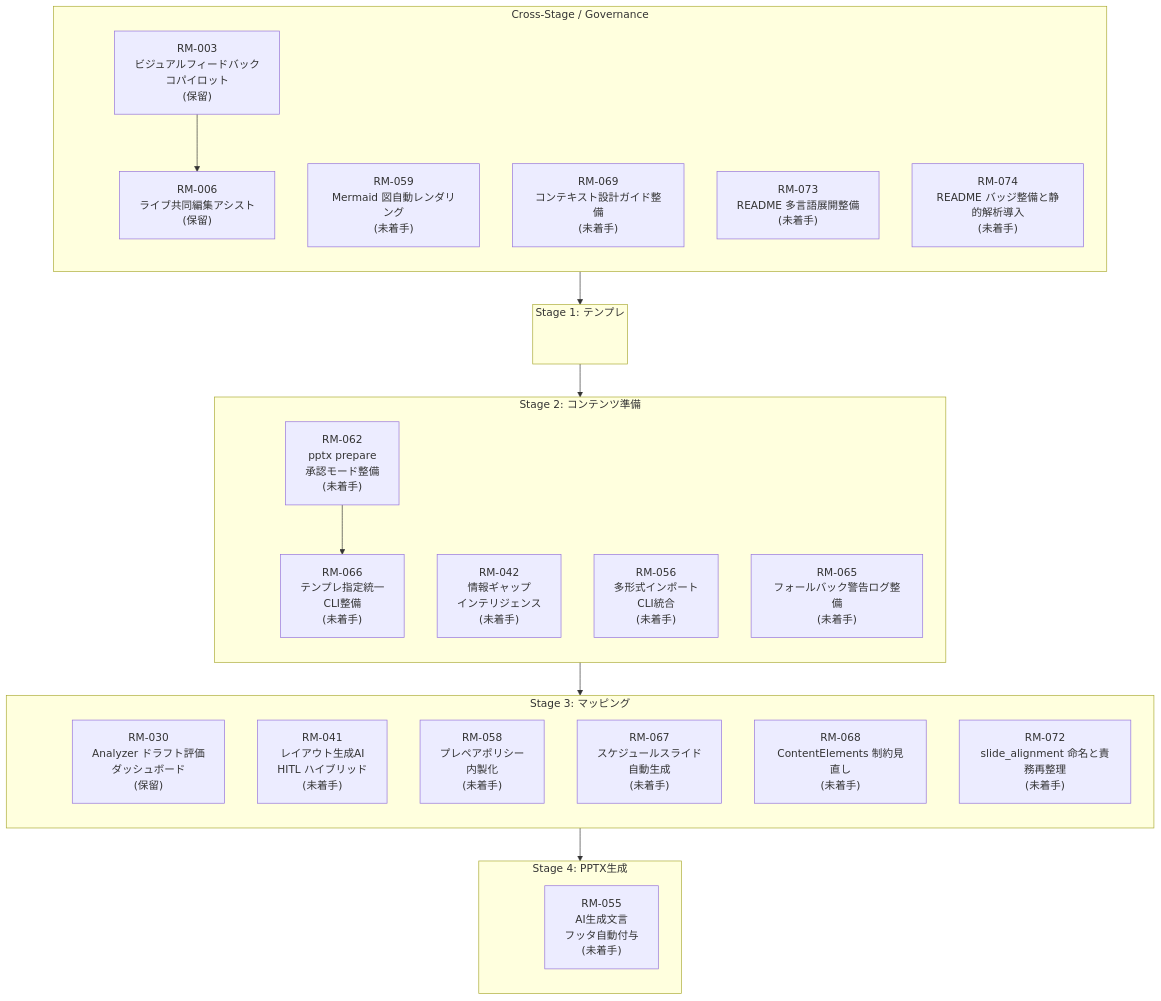
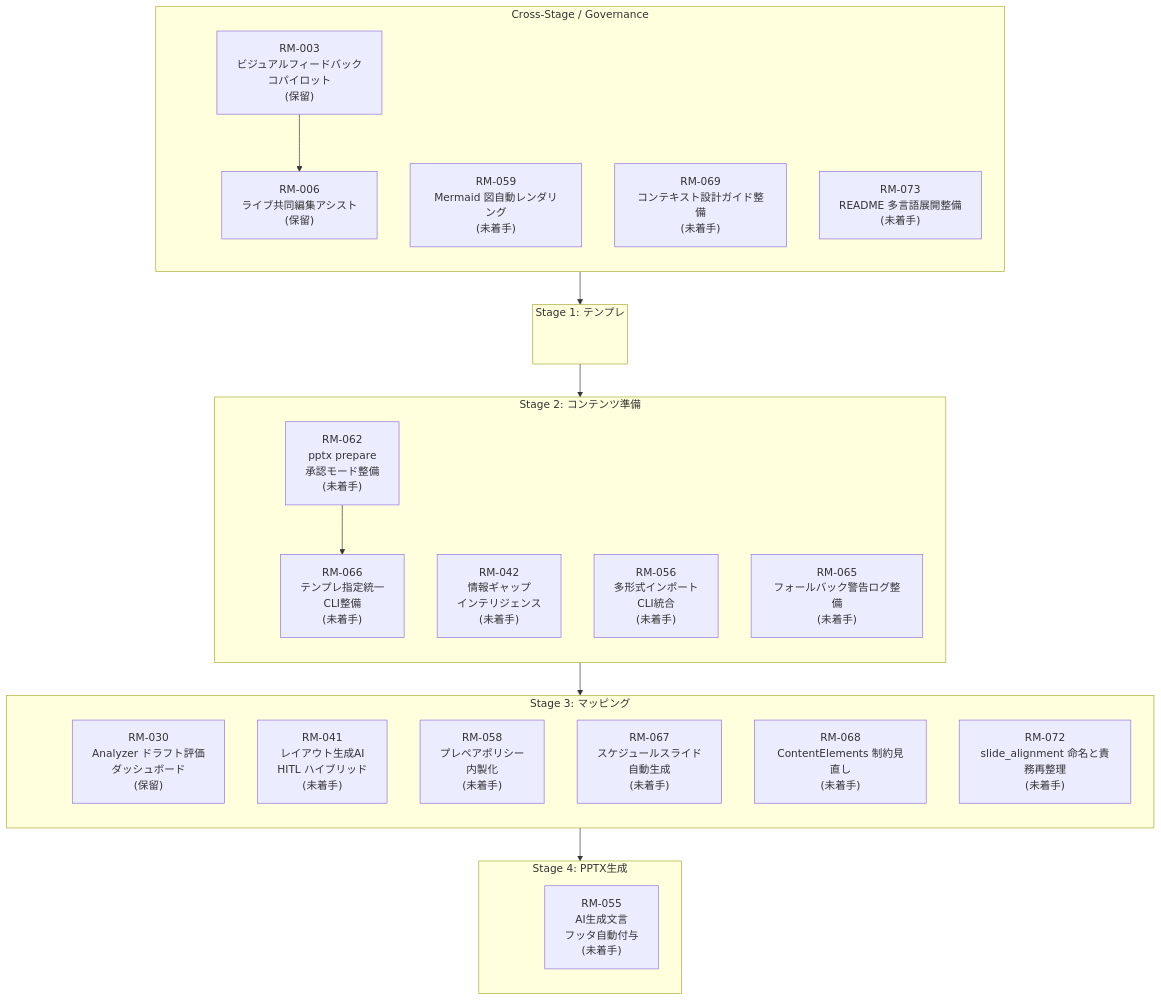
One commit to yurake/pptx_generator changed the diagram in docs/roadmap/roadmap.md. Above: the diagram before and after it, drawn with Mermaid. The commit also changed other lines of this file and 1 other file, not shown here.

````diff
--- a/docs/roadmap/roadmap.md
+++ b/docs/roadmap/roadmap.md
@@ -25,56 +25,55 @@
 ```mermaid
 flowchart TB
     subgraph GOV["Cross-Stage / Governance"]
         direction TB
         GOV_ANCHOR(( ))
         RM003["RM-003<br/>ビジュアルフィードバック<br/>コパイロット<br/>(保留)"]
         RM006["RM-006<br/>ライブ共同編集アシスト<br/>(保留)"]
         RM059["RM-059<br/>Mermaid 図自動レンダリング<br/>(未着手)"]
         RM069["RM-069<br/>コンテキスト設計ガイド整備<br/>(未着手)"]
         RM073["RM-073<br/>README 多言語展開整備<br/>(未着手)"]
-        RM074["RM-074<br/>README バッジ整備と静的解析導入<br/>(未着手)"]
     end
 
     subgraph ST1["Stage 1: テンプレ"]
         direction TB
         ST1_ANCHOR(( ))
     end
 
     subgraph ST2["Stage 2: コンテンツ準備"]
         direction TB
         ST2_ANCHOR(( ))
         RM042["RM-042<br/>情報ギャップ<br/>インテリジェンス<br/>(未着手)"]
         RM056["RM-056<br/>多形式インポート<br/>CLI統合<br/>(未着手)"]
         RM062["RM-062<br/>pptx prepare<br/>承認モード整備<br/>(未着手)"]
         RM065["RM-065<br/>フォールバック警告ログ整備<br/>(未着手)"]
         RM066["RM-066<br/>テンプレ指定統一<br/>CLI整備<br/>(未着手)"]
     end
 
     subgraph ST3["Stage 3: マッピング"]
         direction TB
         ST3_ANCHOR(( ))
         RM030["RM-030<br/>Analyzer ドラフト評価<br/>ダッシュボード<br/>(保留)"]
         RM041["RM-041<br/>レイアウト生成AI<br/>HITL ハイブリッド<br/>(未着手)"]
         RM058["RM-058<br/>プレペアポリシー<br/>内製化<br/>(未着手)"]
         RM067["RM-067<br/>スケジュールスライド<br/>自動生成<br/>(未着手)"]
         RM068["RM-068<br/>ContentElements 制約見直し<br/>(未着手)"]
         RM072["RM-072<br/>slide_alignment 命名と責務再整理<br/>(未着手)"]
     end
 
     subgraph ST4["Stage 4: PPTX生成"]
         direction TB
         ST4_ANCHOR(( ))
         RM055["RM-055<br/>AI生成文言<br/>フッタ自動付与<br/>(未着手)"]
     end
 
     style GOV_ANCHOR fill:transparent,stroke:transparent
     style ST1_ANCHOR fill:transparent,stroke:transparent
     style ST2_ANCHOR fill:transparent,stroke:transparent
     style ST3_ANCHOR fill:transparent,stroke:transparent
     style ST4_ANCHOR fill:transparent,stroke:transparent
 
     GOV_ANCHOR --> ST1_ANCHOR --> ST2_ANCHOR --> ST3_ANCHOR --> ST4_ANCHOR
 
     RM003 --> RM006
     RM062 --> RM066
 ```
````
